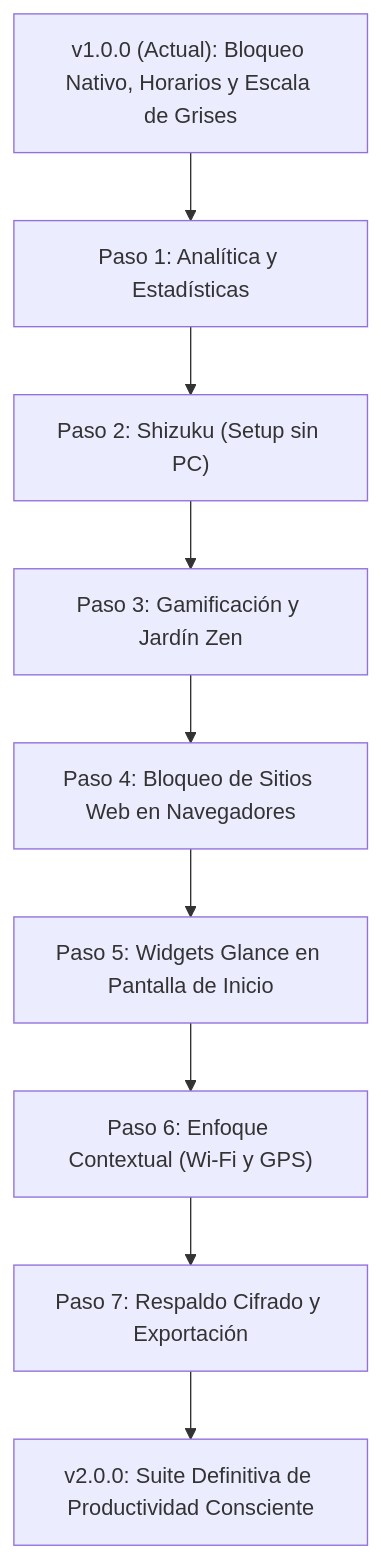
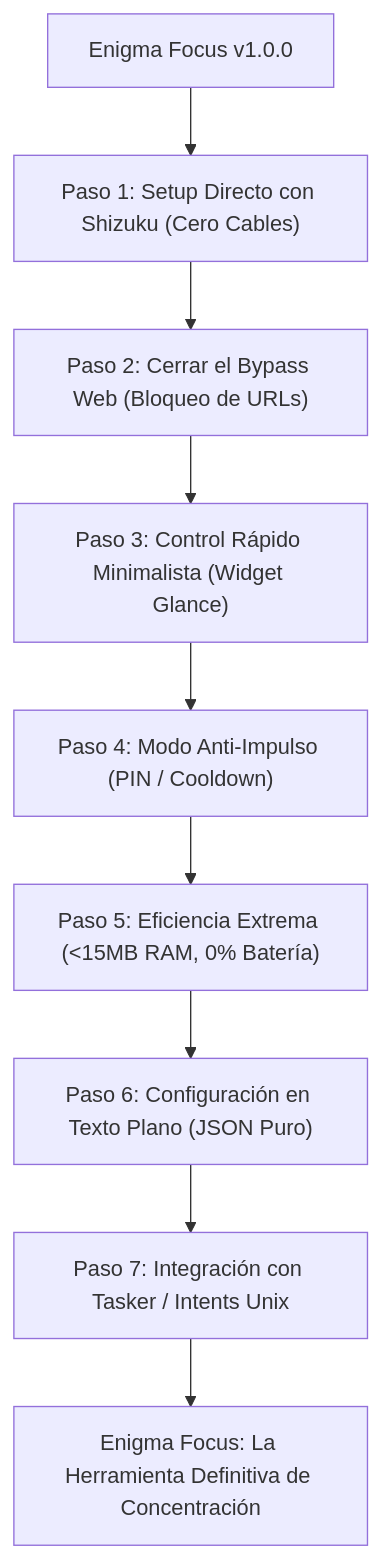
Before and after one commit to EnigmaK9/enigma-focus-app: the diagram in plan/README.md, drawn with Mermaid. The commit also changed other lines of this file and 14 other files, not shown here.

````diff
--- a/plan/README.md
+++ b/plan/README.md
@@ -29,11 +14,11 @@
 ```mermaid
 graph TD
-    V10["v1.0.0 (Actual): Bloqueo Nativo, Horarios y Escala de Grises"] --> P1["Paso 1: Analítica y Estadísticas"]
-    P1 --> P2["Paso 2: Shizuku (Setup sin PC)"]
-    P2 --> P3["Paso 3: Gamificación y Jardín Zen"]
-    P3 --> P4["Paso 4: Bloqueo de Sitios Web en Navegadores"]
-    P4 --> P5["Paso 5: Widgets Glance en Pantalla de Inicio"]
-    P5 --> P6["Paso 6: Enfoque Contextual (Wi-Fi y GPS)"]
-    P6 --> P7["Paso 7: Respaldo Cifrado y Exportación"]
-    P7 --> V20["v2.0.0: Suite Definitiva de Productividad Consciente"]
+    A["Enigma Focus v1.0.0"] --> P1["Paso 1: Setup Directo con Shizuku (Cero Cables)"]
+    P1 --> P2["Paso 2: Cerrar el Bypass Web (Bloqueo de URLs)"]
+    P2 --> P3["Paso 3: Control Rápido Minimalista (Widget Glance)"]
+    P3 --> P4["Paso 4: Modo Anti-Impulso (PIN / Cooldown)"]
+    P4 --> P5["Paso 5: Eficiencia Extrema (<15MB RAM, 0% Batería)"]
+    P5 --> P6["Paso 6: Configuración en Texto Plano (JSON Puro)"]
+    P6 --> P7["Paso 7: Integración con Tasker / Intents Unix"]
+    P7 --> V2["Enigma Focus: La Herramienta Definitiva de Concentración"]
 ```
````
